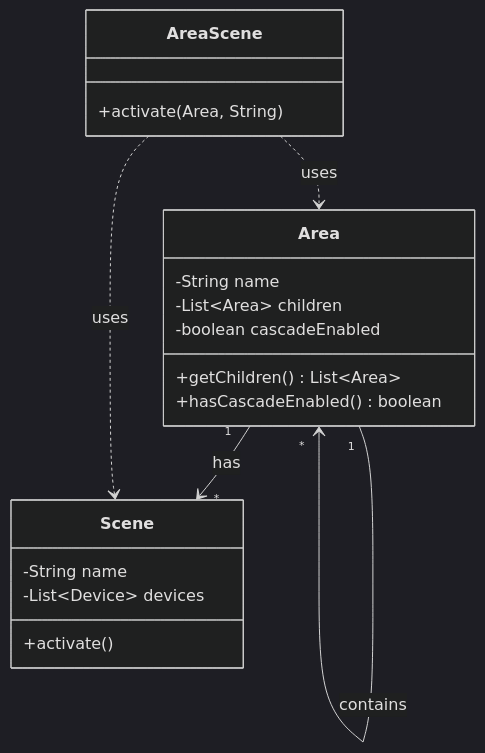
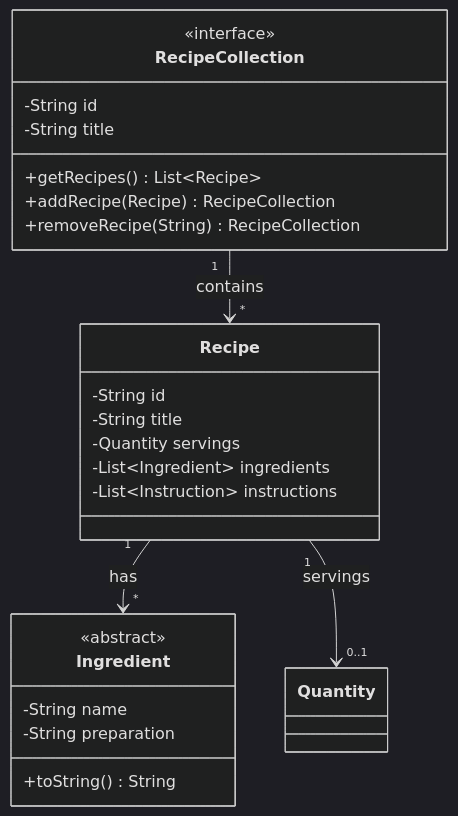
One commit to neu-pdi/cs3100-public-resources changed the fifth of 7 diagrams in lecture-slides/l14-program-understanding.mdx. Above: the diagram before and after it, drawn with Mermaid (dark theme). The commit also changed other lines of this file, not shown here.

First line of the commit message:
Add A3 class diagram to Building Mental Models slide

````diff
--- a/lecture-slides/l14-program-understanding.mdx
+++ b/lecture-slides/l14-program-understanding.mdx
@@ -807,25 +830,30 @@
 ```mermaid
 classDiagram
-    class Area {
-        -String name
-        -List~Area~ children
-        -boolean cascadeEnabled
-        +getChildren() List~Area~
-        +hasCascadeEnabled() boolean
+    class RecipeCollection {
+        <<interface>>
+        -String id
+        -String title
+        +getRecipes() List~Recipe~
+        +addRecipe(Recipe) RecipeCollection
+        +removeRecipe(String) RecipeCollection
     }
 
-    class Scene {
-        -String name
-        -List~Device~ devices
-        +activate()
+    class Recipe {
+        -String id
+        -String title
+        -Quantity servings
+        -List~Ingredient~ ingredients
+        -List~Instruction~ instructions
     }
 
-    class AreaScene {
-        +activate(Area, String)
+    class Ingredient {
+        <<abstract>>
+        -String name
+        -String preparation
+        +toString() String
     }
 
-    Area "1" --> "*" Area : contains
-    Area "1" --> "*" Scene : has
-    AreaScene ..> Area : uses
-    AreaScene ..> Scene : uses
+    RecipeCollection "1" --> "*" Recipe : contains
+    Recipe "1" --> "*" Ingredient : has
+    Recipe "1" --> "0..1" Quantity : servings
 ```
````
